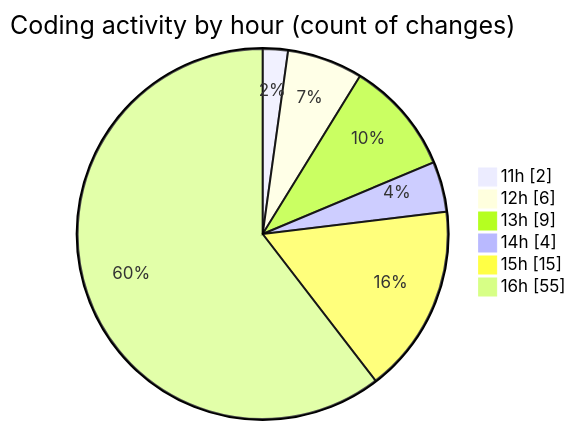
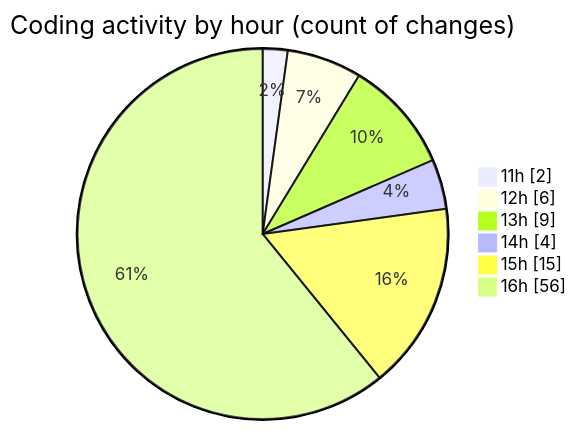
The second of 2 diagrams in 2025-06-30/argos/README.md (nxtqubesakshisongat/code-tracking), drawn with Mermaid before and after one commit. The commit also changed other lines of this file and 1 other file, not shown here.

````diff
--- a/2025-06-30/argos/README.md
+++ b/2025-06-30/argos/README.md
@@ -34,10 +34,10 @@
 ```mermaid
 pie showData
 title Coding activity by hour (count of changes)
 "11h" : 2
 "12h" : 6
 "13h" : 9
 "14h" : 4
 "15h" : 15
-"16h" : 55
+"16h" : 56
 ```
````
